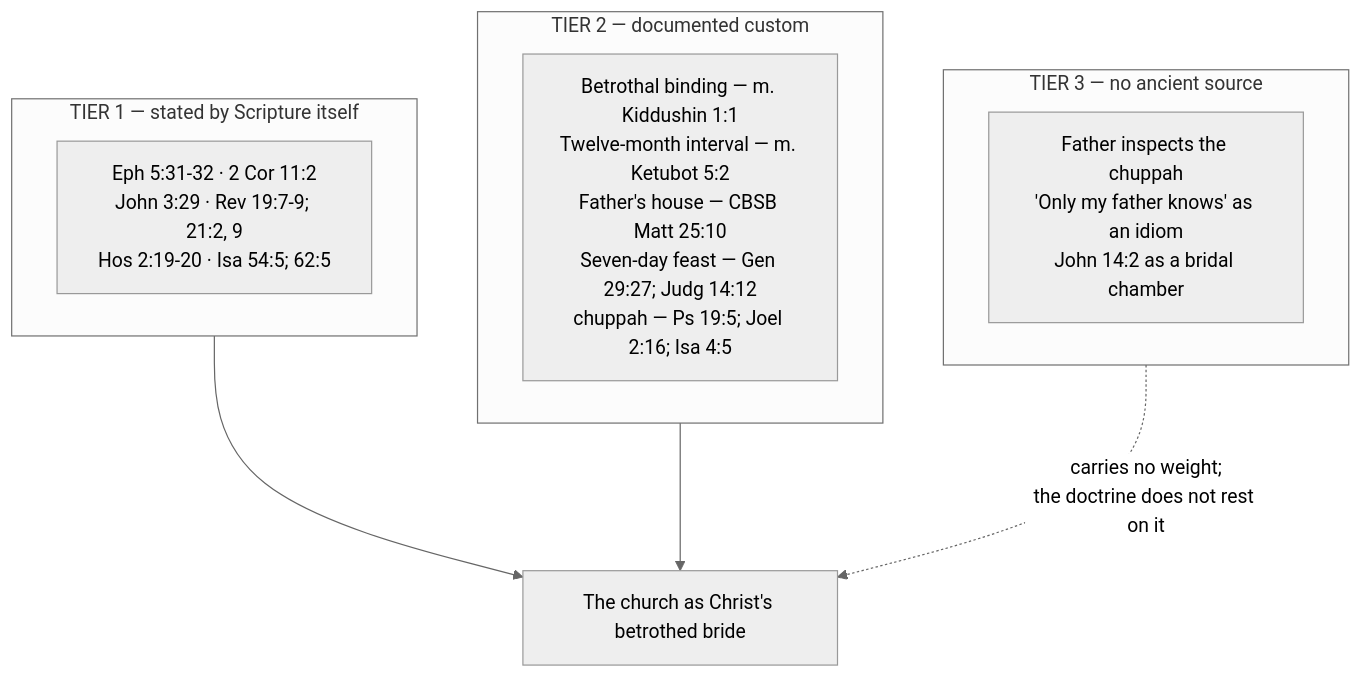
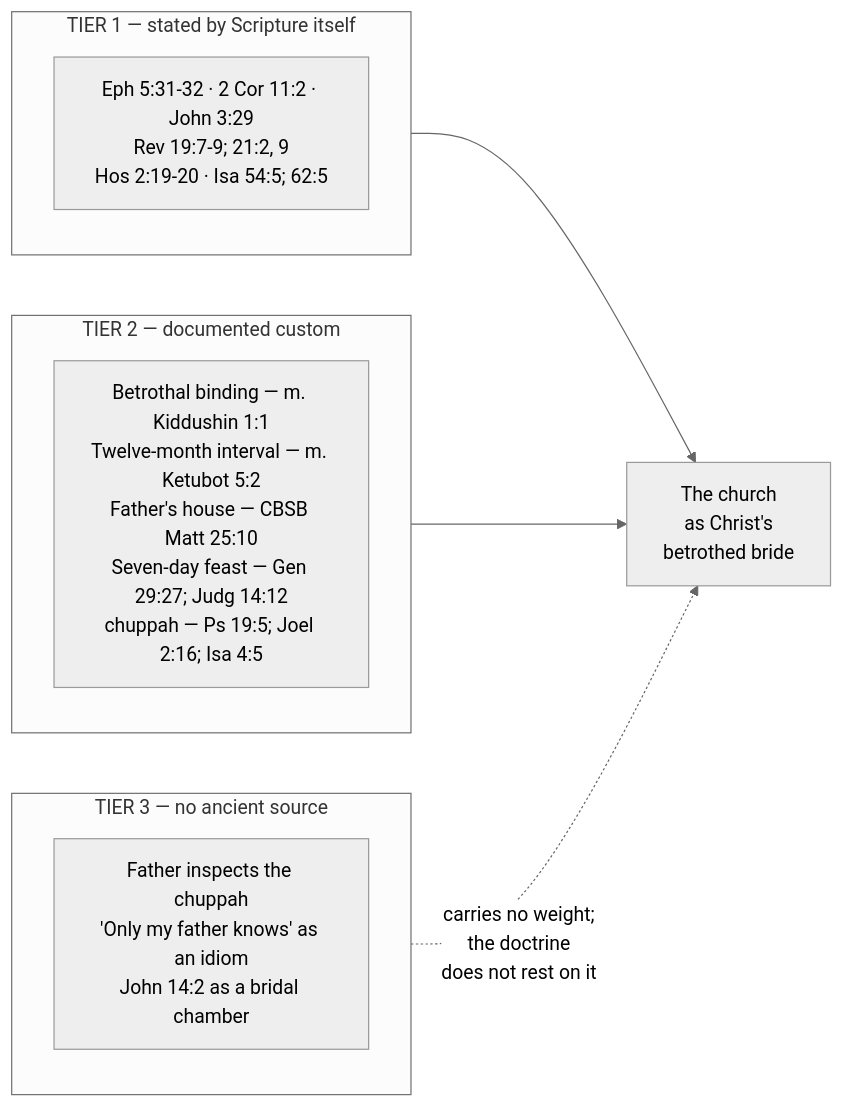
The second of 2 diagrams in docs/content/israel-and-church/bride-of-christ.md (ding0t/bible_studies), drawn with Mermaid (neutral theme) before and after one commit. The commit also changed 8 other files, not shown here.

````diff
--- a/docs/content/israel-and-church/bride-of-christ.md
+++ b/docs/content/israel-and-church/bride-of-christ.md
@@ -371,15 +371,15 @@
 ```mermaid
-flowchart TD
+flowchart LR
     subgraph T1["TIER 1 — stated by Scripture itself"]
-      A1["Eph 5:31-32 · 2 Cor 11:2<br/>John 3:29 · Rev 19:7-9; 21:2, 9<br/>Hos 2:19-20 · Isa 54:5; 62:5"]
+      A1["Eph 5:31-32 · 2 Cor 11:2 · John 3:29<br/>Rev 19:7-9; 21:2, 9<br/>Hos 2:19-20 · Isa 54:5; 62:5"]
     end
     subgraph T2["TIER 2 — documented custom"]
       A2["Betrothal binding — m. Kiddushin 1:1<br/>Twelve-month interval — m. Ketubot 5:2<br/>Father's house — CBSB Matt 25:10<br/>Seven-day feast — Gen 29:27; Judg 14:12<br/>chuppah — Ps 19:5; Joel 2:16; Isa 4:5"]
     end
     subgraph T3["TIER 3 — no ancient source"]
       A3["Father inspects the chuppah<br/>'Only my father knows' as an idiom<br/>John 14:2 as a bridal chamber"]
     end
-    T1 --> C["The church as Christ's betrothed bride"]
+    T1 --> C["The church<br/>as Christ's<br/>betrothed bride"]
     T2 --> C
-    T3 -.->|"carries no weight;<br/>the doctrine does not rest on it"| C
+    T3 -.->|"carries no weight;<br/>the doctrine<br/>does not rest on it"| C
 ```
````
